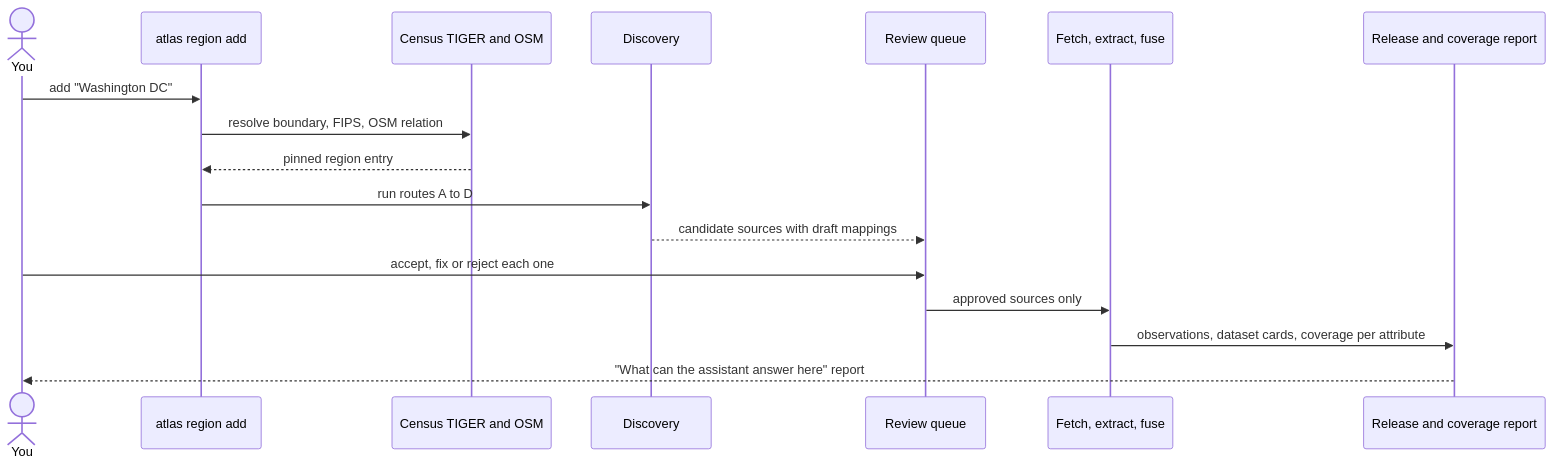
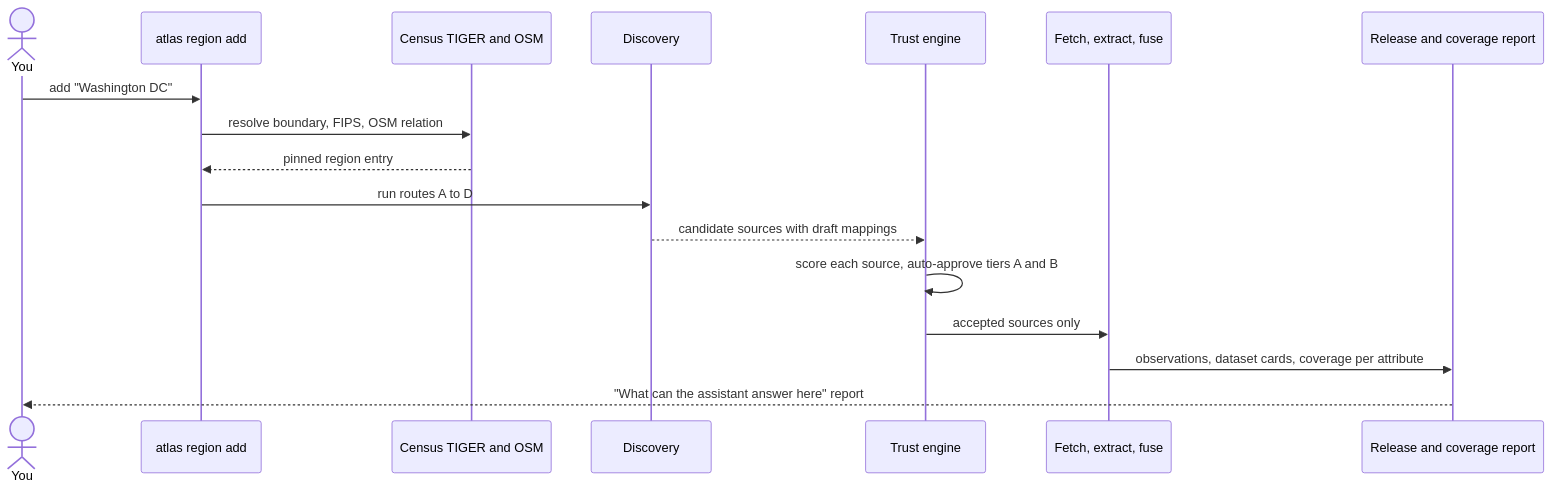
One commit to zenaism/accessibility-map changed the eighth of 12 diagrams in docs/architecture.md. Above: the diagram before and after it, drawn with Mermaid. The commit also changed other lines of this file and 15 other files, not shown here.

First line of the commit message:
Docs and tooling for nationwide expansion; auto-updating source tracker

````diff
--- a/docs/architecture.md
+++ b/docs/architecture.md
@@ -196,19 +186,19 @@
 ```mermaid
 sequenceDiagram
   actor You
   participant CLI as atlas region add
   participant Geo as Census TIGER and OSM
   participant Disc as Discovery
-  participant Rev as Review queue
+  participant Rev as Trust engine
   participant Pipe as Fetch, extract, fuse
   participant Rel as Release and coverage report
   You->>CLI: add "Washington DC"
   CLI->>Geo: resolve boundary, FIPS, OSM relation
   Geo-->>CLI: pinned region entry
   CLI->>Disc: run routes A to D
   Disc-->>Rev: candidate sources with draft mappings
-  You->>Rev: accept, fix or reject each one
-  Rev->>Pipe: approved sources only
+  Rev->>Rev: score each source, auto-approve tiers A and B
+  Rev->>Pipe: accepted sources only
   Pipe->>Rel: observations, dataset cards, coverage per attribute
   Rel-->>You: "What can the assistant answer here" report
 ```
````
